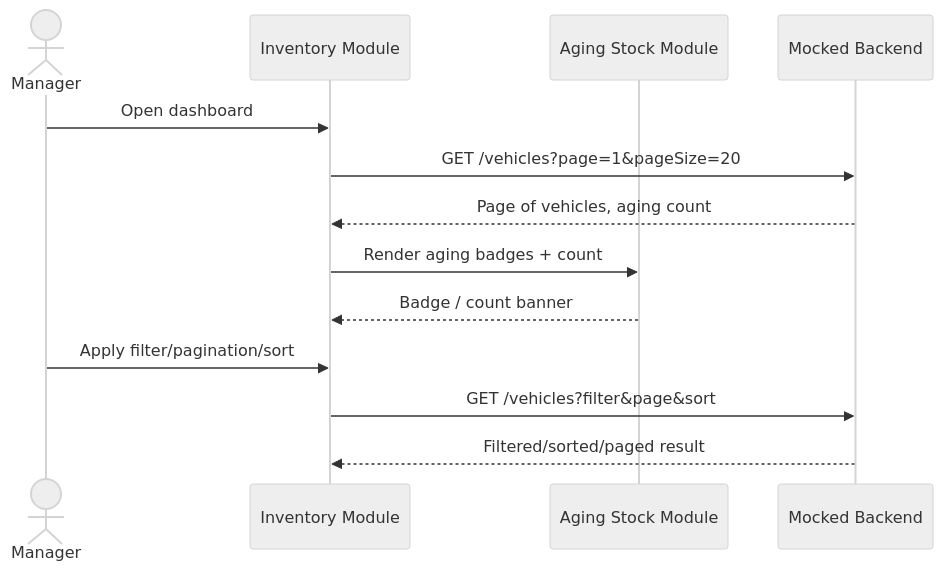
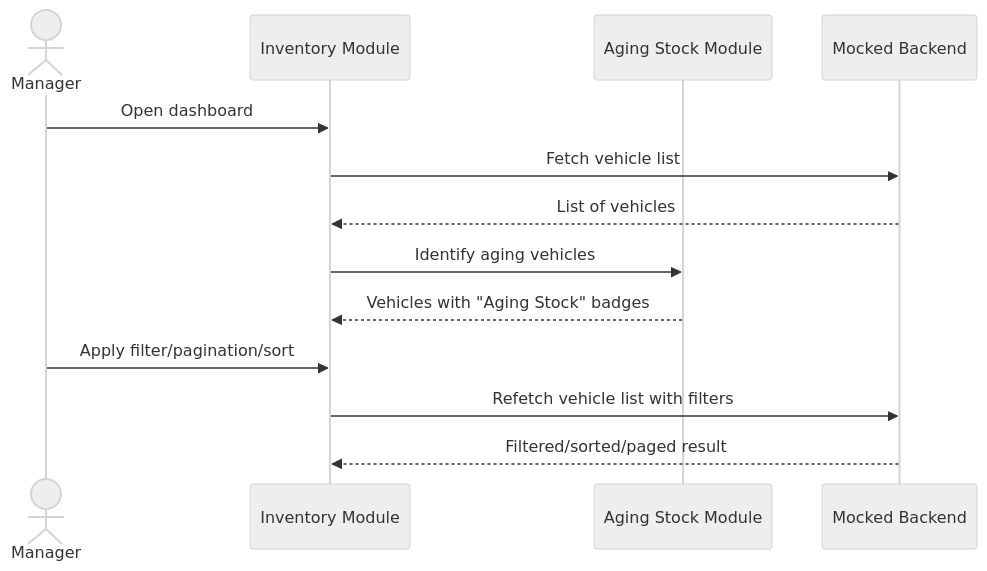
Before and after one commit to nmtrong1000/keyloop-challenge: the second of 4 diagrams in SDD.md, drawn with Mermaid (neutral theme). The commit also changed other lines of this file and 1 other file, not shown here.

First line of the commit message:
docs(STORY_20): plain-English wording in §4 sequence diagrams

````diff
--- a/SDD.md
+++ b/SDD.md
@@ -77,17 +77,17 @@
 ```mermaid
 sequenceDiagram
     actor Manager
     participant IM as Inventory Module
     participant ASM as Aging Stock Module
     participant Mock as Mocked Backend
 
     Manager->>IM: Open dashboard
-    IM->>Mock: GET /vehicles?page=1&pageSize=20
-    Mock-->>IM: Page of vehicles, aging count
-    IM->>ASM: Render aging badges + count
-    ASM-->>IM: Badge / count banner
+    IM->>Mock: Fetch vehicle list
+    Mock-->>IM: List of vehicles
+    IM->>ASM: Identify aging vehicles
+    ASM-->>IM: Vehicles with "Aging Stock" badges
 
     Manager->>IM: Apply filter/pagination/sort
-    IM->>Mock: GET /vehicles?filter&page&sort
+    IM->>Mock: Refetch vehicle list with filters
     Mock-->>IM: Filtered/sorted/paged result
 ```
````
